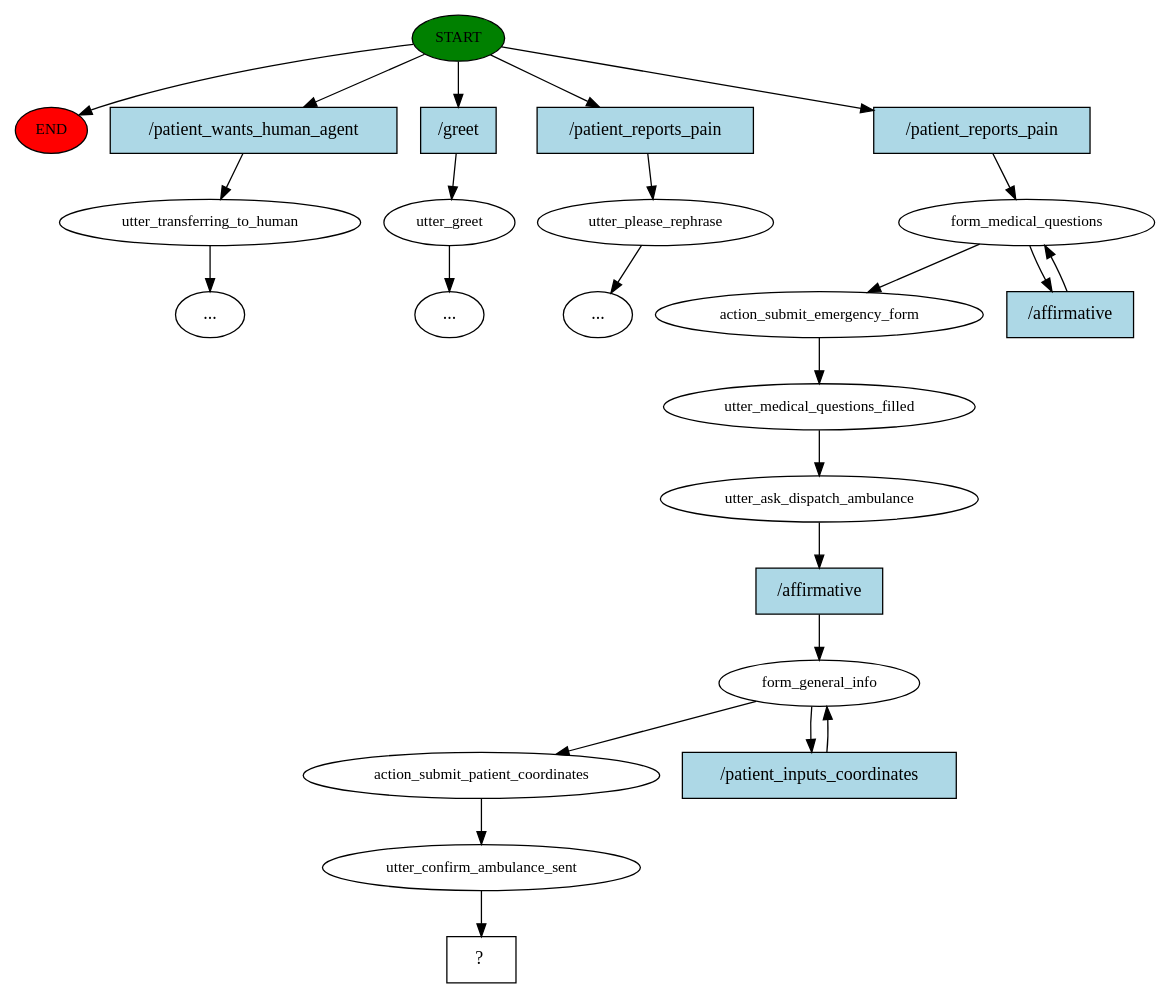
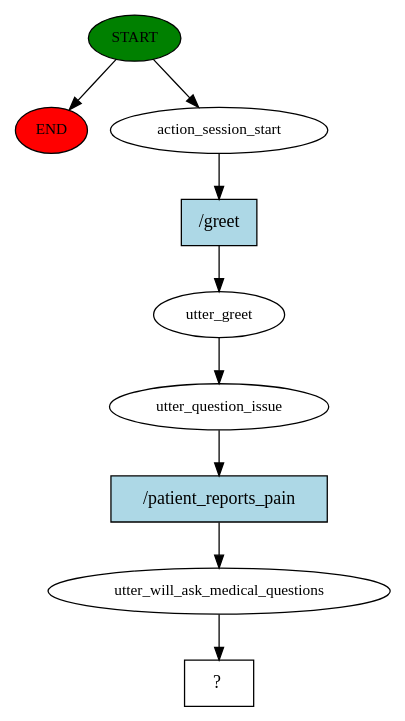
The diagram in story_graph.dot (halixness/HMD-Dispatcher), drawn with Graphviz before and after one commit. The commit also changed 5 other files, not shown here.

Commit message:
fixed flow and working story testing

```diff
--- a/story_graph.dot
+++ b/story_graph.dot
@@ -1,49 +1,19 @@
 digraph  {
 0 [class="start active", fillcolor=green, fontsize=12, label=START, style=filled];
 "-1" [class=end, fillcolor=red, fontsize=12, label=END, style=filled];
-1 [class="", fontsize=12, label=utter_transferring_to_human];
-"-3" [class=ellipsis, label="..."];
-2 [class="", fontsize=12, label=utter_greet];
-"-5" [class=ellipsis, label="..."];
-4 [class="", fontsize=12, label=utter_please_rephrase];
-"-6" [class=ellipsis, label="..."];
-5 [class=active, fontsize=12, label=form_medical_questions];
-16 [class=active, fontsize=12, label=action_submit_emergency_form];
-17 [class=active, fontsize=12, label=utter_medical_questions_filled];
-18 [class=active, fontsize=12, label=utter_ask_dispatch_ambulance];
-19 [class=active, fontsize=12, label=form_general_info];
-22 [class=active, fontsize=12, label=action_submit_patient_coordinates];
-23 [class=active, fontsize=12, label=utter_confirm_ambulance_sent];
-24 [class="intent dashed active", label="  ?  ", shape=rect];
-25 [class=intent, fillcolor=lightblue, label="/patient_wants_human_agent", shape=rect, style=filled];
-26 [class=intent, fillcolor=lightblue, label="/greet", shape=rect, style=filled];
-27 [class=intent, fillcolor=lightblue, label="/patient_reports_pain", shape=rect, style=filled];
-28 [class="intent active", fillcolor=lightblue, label="/patient_reports_pain", shape=rect, style=filled];
-29 [class="intent active", fillcolor=lightblue, label="/affirmative", shape=rect, style=filled];
-30 [class="intent active", fillcolor=lightblue, label="/affirmative", shape=rect, style=filled];
-31 [class="intent active", fillcolor=lightblue, label="/patient_inputs_coordinates", shape=rect, style=filled];
+1 [class=active, fontsize=12, label=action_session_start];
+2 [class=active, fontsize=12, label=utter_greet];
+3 [class=active, fontsize=12, label=utter_question_issue];
+4 [class=active, fontsize=12, label=utter_will_ask_medical_questions];
+5 [class="intent dashed active", label="  ?  ", shape=rect];
+6 [class="intent active", fillcolor=lightblue, label="/greet", shape=rect, style=filled];
+7 [class="intent active", fillcolor=lightblue, label="/patient_reports_pain", shape=rect, style=filled];
 0 -> "-1"  [class="", key=NONE, label=""];
-0 -> 25  [class="", key=0];
-0 -> 26  [class="", key=0];
-0 -> 27  [class="", key=0];
-0 -> 28  [class=active, key=0];
-1 -> "-3"  [class="", key=NONE, label=""];
-2 -> "-5"  [class="", key=NONE, label=""];
-4 -> "-6"  [class="", key=NONE, label=""];
-5 -> 16  [class=active, key=NONE, label=""];
-5 -> 29  [class=active, key=0];
-16 -> 17  [class=active, key=NONE, label=""];
-17 -> 18  [class=active, key=NONE, label=""];
-18 -> 30  [class=active, key=0];
-19 -> 22  [class=active, key=NONE, label=""];
-19 -> 31  [class=active, key=0];
-22 -> 23  [class=active, key=NONE, label=""];
-23 -> 24  [class=active, key=NONE, label=""];
-25 -> 1  [class="", key=0];
-26 -> 2  [class="", key=0];
-27 -> 4  [class="", key=0];
-28 -> 5  [class=active, key=0];
-29 -> 5  [class=active, key=0];
-30 -> 19  [class=active, key=0];
-31 -> 19  [class=active, key=0];
+0 -> 1  [class=active, key=NONE, label=""];
+1 -> 6  [class=active, key=0];
+2 -> 3  [class=active, key=NONE, label=""];
+3 -> 7  [class=active, key=0];
+4 -> 5  [class=active, key=NONE, label=""];
+6 -> 2  [class=active, key=0];
+7 -> 4  [class=active, key=0];
 }
```
